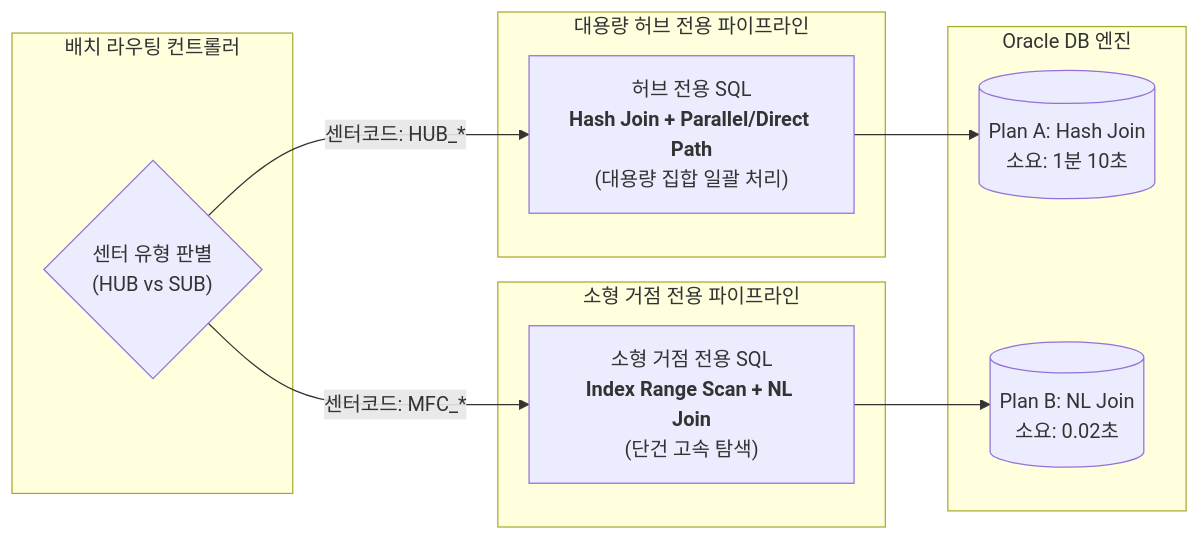
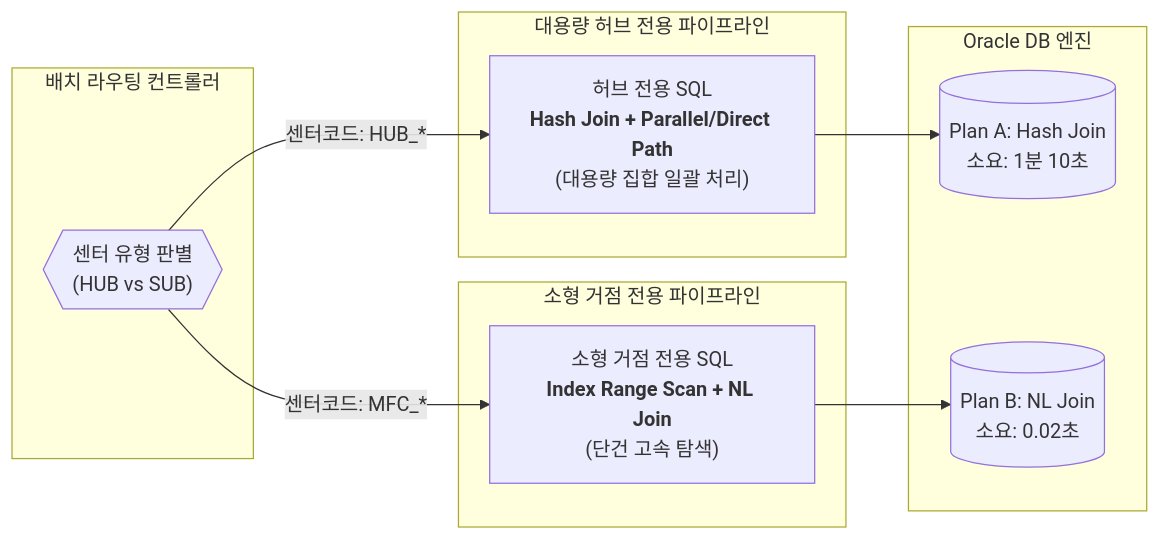
The fourth of 5 diagrams in docs/dbms/oracle/batch-execution-plan-instability-spm-tuning.md (djpibo/djpibo.github.io), drawn with Mermaid before and after one commit. The commit also changed 6 other files, not shown here.

Commit message:
style(mermaid): replace oversized diamond nodes with compact hexagon nodes

````diff
--- a/docs/dbms/oracle/batch-execution-plan-instability-spm-tuning.md
+++ b/docs/dbms/oracle/batch-execution-plan-instability-spm-tuning.md
@@ -419,23 +419,23 @@
 ```mermaid
 flowchart LR
 
     subgraph BatchApp["배치 라우팅 컨트롤러"]
-        DISPATCH{"센터 유형 판별<br/>(HUB vs SUB)"}
+        DISPATCH{{"센터 유형 판별<br/>(HUB vs SUB)"}}
     end
 
     subgraph HubPipeline["대용량 허브 전용 파이프라인"]
         HUB_SQL["허브 전용 SQL<br/><b>Hash Join + Parallel/Direct Path</b><br/>(대용량 집합 일괄 처리)"]
     end
 
     subgraph SubPipeline["소형 거점 전용 파이프라인"]
         SUB_SQL["소형 거점 전용 SQL<br/><b>Index Range Scan + NL Join</b><br/>(단건 고속 탐색)"]
     end
 
     subgraph Database["Oracle DB 엔진"]
         HUB_PLAN[("Plan A: Hash Join<br/>소요: 1분 10초")]
         SUB_PLAN[("Plan B: NL Join<br/>소요: 0.02초")]
     end
 
     DISPATCH -->|"센터코드: HUB_*"| HUB_SQL --> HUB_PLAN
     DISPATCH -->|"센터코드: MFC_*"| SUB_SQL --> SUB_PLAN
 ```
````
